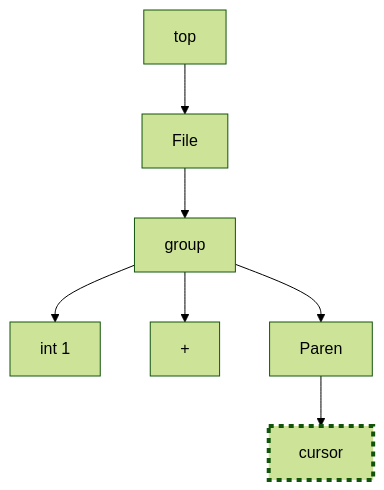
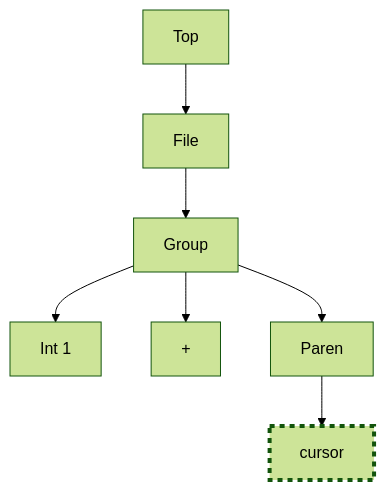
Before and after one commit to microsoft/Trieste: diagram 12 of 27 in samples/infix/README.md, drawn with Mermaid (forest theme). The commit also changed other lines of this file and 1 other file, not shown here.

````diff
--- a/samples/infix/README.md
+++ b/samples/infix/README.md
@@ -438,10 +499,10 @@
 ``` mermaid
 graph TD;
-  A[top]-->B[File]
-  B-->C[group]
-  C-->D[int 1]
+  A[Top]-->B[File]
+  B-->C[Group]
+  C-->D[Int 1]
   C-->E[+]
   C-->F[Paren]
   F-->G[cursor]:::cursor
   classDef cursor stroke-width:4px,stroke-dasharray:5 5;
 ```
````
